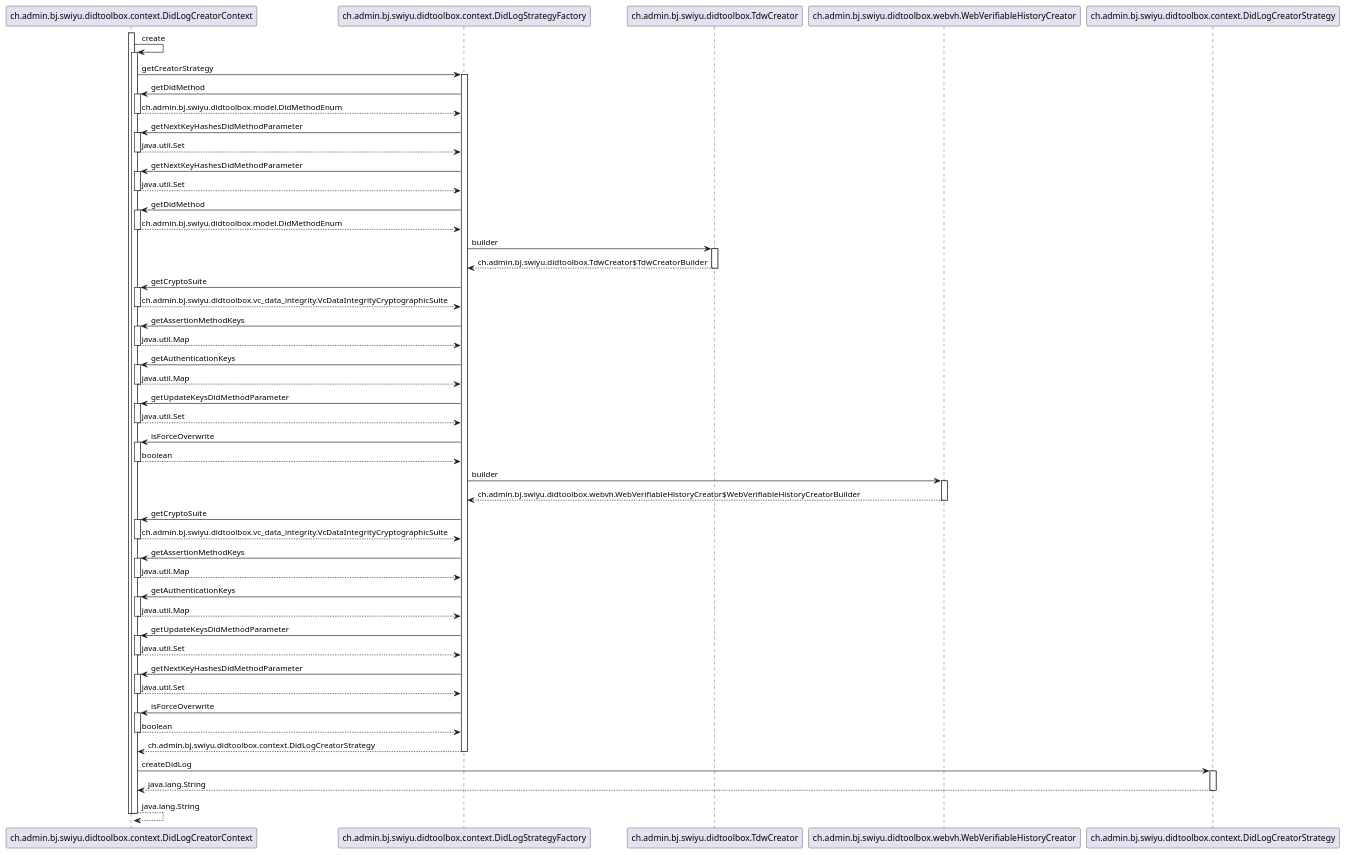
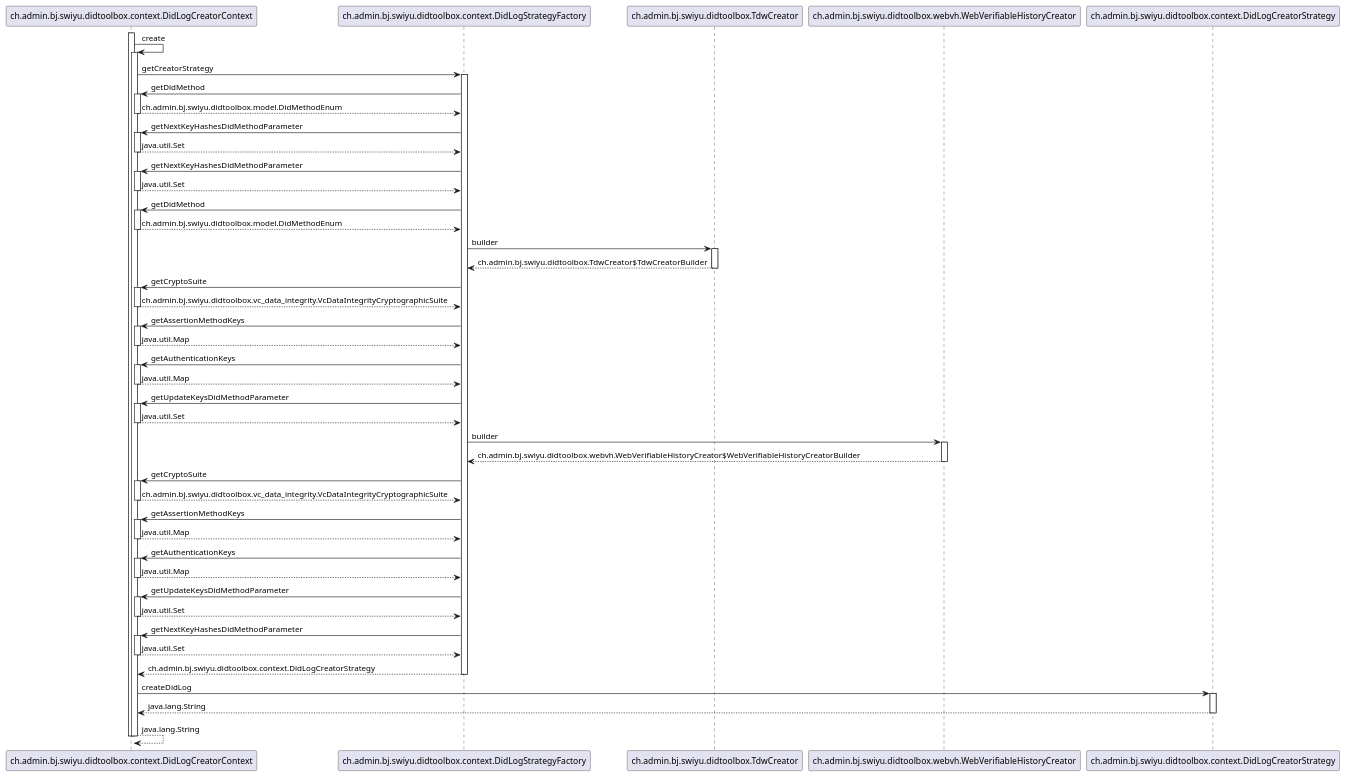
One commit to swiyu-admin-ch/didtoolbox-java changed the diagram in src/main/plantuml/DidLogCreatorContext-create.puml. Above: the diagram before and after it, drawn with PlantUML. The commit also changed 35 other files, not shown here.

Commit message:
EIDOMNI-708: DidLogCreator#forceOverwrite fluent method deprecated. Throwing new IncompleteDidLogEntryBuilderException. Using nimbus-jose-jwt 10.8. Javadoc enhanced

```diff
--- a/src/main/plantuml/DidLogCreatorContext-create.puml
+++ b/src/main/plantuml/DidLogCreatorContext-create.puml
@@ -2,92 +2,84 @@
 @startuml
 
 participant ch.admin.bj.swiyu.didtoolbox.context.DidLogCreatorContext
 participant ch.admin.bj.swiyu.didtoolbox.context.DidLogStrategyFactory
 participant ch.admin.bj.swiyu.didtoolbox.TdwCreator
 participant ch.admin.bj.swiyu.didtoolbox.webvh.WebVerifiableHistoryCreator
 participant ch.admin.bj.swiyu.didtoolbox.context.DidLogCreatorStrategy
 
 activate ch.admin.bj.swiyu.didtoolbox.context.DidLogCreatorContext
 	ch.admin.bj.swiyu.didtoolbox.context.DidLogCreatorContext -> ch.admin.bj.swiyu.didtoolbox.context.DidLogCreatorContext : create
 	activate ch.admin.bj.swiyu.didtoolbox.context.DidLogCreatorContext
 		ch.admin.bj.swiyu.didtoolbox.context.DidLogCreatorContext -> ch.admin.bj.swiyu.didtoolbox.context.DidLogStrategyFactory : getCreatorStrategy
 		activate ch.admin.bj.swiyu.didtoolbox.context.DidLogStrategyFactory
 			ch.admin.bj.swiyu.didtoolbox.context.DidLogStrategyFactory -> ch.admin.bj.swiyu.didtoolbox.context.DidLogCreatorContext : getDidMethod
 			activate ch.admin.bj.swiyu.didtoolbox.context.DidLogCreatorContext
 				ch.admin.bj.swiyu.didtoolbox.context.DidLogCreatorContext --> ch.admin.bj.swiyu.didtoolbox.context.DidLogStrategyFactory : ch.admin.bj.swiyu.didtoolbox.model.DidMethodEnum
 			deactivate ch.admin.bj.swiyu.didtoolbox.context.DidLogCreatorContext
 			ch.admin.bj.swiyu.didtoolbox.context.DidLogStrategyFactory -> ch.admin.bj.swiyu.didtoolbox.context.DidLogCreatorContext : getNextKeyHashesDidMethodParameter
 			activate ch.admin.bj.swiyu.didtoolbox.context.DidLogCreatorContext
 				ch.admin.bj.swiyu.didtoolbox.context.DidLogCreatorContext --> ch.admin.bj.swiyu.didtoolbox.context.DidLogStrategyFactory : java.util.Set
 			deactivate ch.admin.bj.swiyu.didtoolbox.context.DidLogCreatorContext
 			ch.admin.bj.swiyu.didtoolbox.context.DidLogStrategyFactory -> ch.admin.bj.swiyu.didtoolbox.context.DidLogCreatorContext : getNextKeyHashesDidMethodParameter
 			activate ch.admin.bj.swiyu.didtoolbox.context.DidLogCreatorContext
 				ch.admin.bj.swiyu.didtoolbox.context.DidLogCreatorContext --> ch.admin.bj.swiyu.didtoolbox.context.DidLogStrategyFactory : java.util.Set
 			deactivate ch.admin.bj.swiyu.didtoolbox.context.DidLogCreatorContext
 			ch.admin.bj.swiyu.didtoolbox.context.DidLogStrategyFactory -> ch.admin.bj.swiyu.didtoolbox.context.DidLogCreatorContext : getDidMethod
 			activate ch.admin.bj.swiyu.didtoolbox.context.DidLogCreatorContext
 				ch.admin.bj.swiyu.didtoolbox.context.DidLogCreatorContext --> ch.admin.bj.swiyu.didtoolbox.context.DidLogStrategyFactory : ch.admin.bj.swiyu.didtoolbox.model.DidMethodEnum
 			deactivate ch.admin.bj.swiyu.didtoolbox.context.DidLogCreatorContext
 			ch.admin.bj.swiyu.didtoolbox.context.DidLogStrategyFactory -> ch.admin.bj.swiyu.didtoolbox.TdwCreator : builder
 			activate ch.admin.bj.swiyu.didtoolbox.TdwCreator
 				ch.admin.bj.swiyu.didtoolbox.TdwCreator --> ch.admin.bj.swiyu.didtoolbox.context.DidLogStrategyFactory : ch.admin.bj.swiyu.didtoolbox.TdwCreator$TdwCreatorBuilder
 			deactivate ch.admin.bj.swiyu.didtoolbox.TdwCreator
 			ch.admin.bj.swiyu.didtoolbox.context.DidLogStrategyFactory -> ch.admin.bj.swiyu.didtoolbox.context.DidLogCreatorContext : getCryptoSuite
 			activate ch.admin.bj.swiyu.didtoolbox.context.DidLogCreatorContext
 				ch.admin.bj.swiyu.didtoolbox.context.DidLogCreatorContext --> ch.admin.bj.swiyu.didtoolbox.context.DidLogStrategyFactory : ch.admin.bj.swiyu.didtoolbox.vc_data_integrity.VcDataIntegrityCryptographicSuite
 			deactivate ch.admin.bj.swiyu.didtoolbox.context.DidLogCreatorContext
 			ch.admin.bj.swiyu.didtoolbox.context.DidLogStrategyFactory -> ch.admin.bj.swiyu.didtoolbox.context.DidLogCreatorContext : getAssertionMethodKeys
 			activate ch.admin.bj.swiyu.didtoolbox.context.DidLogCreatorContext
 				ch.admin.bj.swiyu.didtoolbox.context.DidLogCreatorContext --> ch.admin.bj.swiyu.didtoolbox.context.DidLogStrategyFactory : java.util.Map
 			deactivate ch.admin.bj.swiyu.didtoolbox.context.DidLogCreatorContext
 			ch.admin.bj.swiyu.didtoolbox.context.DidLogStrategyFactory -> ch.admin.bj.swiyu.didtoolbox.context.DidLogCreatorContext : getAuthenticationKeys
 			activate ch.admin.bj.swiyu.didtoolbox.context.DidLogCreatorContext
 				ch.admin.bj.swiyu.didtoolbox.context.DidLogCreatorContext --> ch.admin.bj.swiyu.didtoolbox.context.DidLogStrategyFactory : java.util.Map
 			deactivate ch.admin.bj.swiyu.didtoolbox.context.DidLogCreatorContext
 			ch.admin.bj.swiyu.didtoolbox.context.DidLogStrategyFactory -> ch.admin.bj.swiyu.didtoolbox.context.DidLogCreatorContext : getUpdateKeysDidMethodParameter
 			activate ch.admin.bj.swiyu.didtoolbox.context.DidLogCreatorContext
 				ch.admin.bj.swiyu.didtoolbox.context.DidLogCreatorContext --> ch.admin.bj.swiyu.didtoolbox.context.DidLogStrategyFactory : java.util.Set
 			deactivate ch.admin.bj.swiyu.didtoolbox.context.DidLogCreatorContext
-			ch.admin.bj.swiyu.didtoolbox.context.DidLogStrategyFactory -> ch.admin.bj.swiyu.didtoolbox.context.DidLogCreatorContext : isForceOverwrite
-			activate ch.admin.bj.swiyu.didtoolbox.context.DidLogCreatorContext
-				ch.admin.bj.swiyu.didtoolbox.context.DidLogCreatorContext --> ch.admin.bj.swiyu.didtoolbox.context.DidLogStrategyFactory : boolean
-			deactivate ch.admin.bj.swiyu.didtoolbox.context.DidLogCreatorContext
 			ch.admin.bj.swiyu.didtoolbox.context.DidLogStrategyFactory -> ch.admin.bj.swiyu.didtoolbox.webvh.WebVerifiableHistoryCreator : builder
 			activate ch.admin.bj.swiyu.didtoolbox.webvh.WebVerifiableHistoryCreator
 				ch.admin.bj.swiyu.didtoolbox.webvh.WebVerifiableHistoryCreator --> ch.admin.bj.swiyu.didtoolbox.context.DidLogStrategyFactory : ch.admin.bj.swiyu.didtoolbox.webvh.WebVerifiableHistoryCreator$WebVerifiableHistoryCreatorBuilder
 			deactivate ch.admin.bj.swiyu.didtoolbox.webvh.WebVerifiableHistoryCreator
 			ch.admin.bj.swiyu.didtoolbox.context.DidLogStrategyFactory -> ch.admin.bj.swiyu.didtoolbox.context.DidLogCreatorContext : getCryptoSuite
 			activate ch.admin.bj.swiyu.didtoolbox.context.DidLogCreatorContext
 				ch.admin.bj.swiyu.didtoolbox.context.DidLogCreatorContext --> ch.admin.bj.swiyu.didtoolbox.context.DidLogStrategyFactory : ch.admin.bj.swiyu.didtoolbox.vc_data_integrity.VcDataIntegrityCryptographicSuite
 			deactivate ch.admin.bj.swiyu.didtoolbox.context.DidLogCreatorContext
 			ch.admin.bj.swiyu.didtoolbox.context.DidLogStrategyFactory -> ch.admin.bj.swiyu.didtoolbox.context.DidLogCreatorContext : getAssertionMethodKeys
 			activate ch.admin.bj.swiyu.didtoolbox.context.DidLogCreatorContext
 				ch.admin.bj.swiyu.didtoolbox.context.DidLogCreatorContext --> ch.admin.bj.swiyu.didtoolbox.context.DidLogStrategyFactory : java.util.Map
 			deactivate ch.admin.bj.swiyu.didtoolbox.context.DidLogCreatorContext
 			ch.admin.bj.swiyu.didtoolbox.context.DidLogStrategyFactory -> ch.admin.bj.swiyu.didtoolbox.context.DidLogCreatorContext : getAuthenticationKeys
 			activate ch.admin.bj.swiyu.didtoolbox.context.DidLogCreatorContext
 				ch.admin.bj.swiyu.didtoolbox.context.DidLogCreatorContext --> ch.admin.bj.swiyu.didtoolbox.context.DidLogStrategyFactory : java.util.Map
 			deactivate ch.admin.bj.swiyu.didtoolbox.context.DidLogCreatorContext
 			ch.admin.bj.swiyu.didtoolbox.context.DidLogStrategyFactory -> ch.admin.bj.swiyu.didtoolbox.context.DidLogCreatorContext : getUpdateKeysDidMethodParameter
 			activate ch.admin.bj.swiyu.didtoolbox.context.DidLogCreatorContext
 				ch.admin.bj.swiyu.didtoolbox.context.DidLogCreatorContext --> ch.admin.bj.swiyu.didtoolbox.context.DidLogStrategyFactory : java.util.Set
 			deactivate ch.admin.bj.swiyu.didtoolbox.context.DidLogCreatorContext
 			ch.admin.bj.swiyu.didtoolbox.context.DidLogStrategyFactory -> ch.admin.bj.swiyu.didtoolbox.context.DidLogCreatorContext : getNextKeyHashesDidMethodParameter
 			activate ch.admin.bj.swiyu.didtoolbox.context.DidLogCreatorContext
 				ch.admin.bj.swiyu.didtoolbox.context.DidLogCreatorContext --> ch.admin.bj.swiyu.didtoolbox.context.DidLogStrategyFactory : java.util.Set
 			deactivate ch.admin.bj.swiyu.didtoolbox.context.DidLogCreatorContext
-			ch.admin.bj.swiyu.didtoolbox.context.DidLogStrategyFactory -> ch.admin.bj.swiyu.didtoolbox.context.DidLogCreatorContext : isForceOverwrite
-			activate ch.admin.bj.swiyu.didtoolbox.context.DidLogCreatorContext
-				ch.admin.bj.swiyu.didtoolbox.context.DidLogCreatorContext --> ch.admin.bj.swiyu.didtoolbox.context.DidLogStrategyFactory : boolean
-			deactivate ch.admin.bj.swiyu.didtoolbox.context.DidLogCreatorContext
 			ch.admin.bj.swiyu.didtoolbox.context.DidLogStrategyFactory --> ch.admin.bj.swiyu.didtoolbox.context.DidLogCreatorContext : ch.admin.bj.swiyu.didtoolbox.context.DidLogCreatorStrategy
 		deactivate ch.admin.bj.swiyu.didtoolbox.context.DidLogStrategyFactory
 		ch.admin.bj.swiyu.didtoolbox.context.DidLogCreatorContext -> ch.admin.bj.swiyu.didtoolbox.context.DidLogCreatorStrategy : createDidLog
 		activate ch.admin.bj.swiyu.didtoolbox.context.DidLogCreatorStrategy
 			ch.admin.bj.swiyu.didtoolbox.context.DidLogCreatorStrategy --> ch.admin.bj.swiyu.didtoolbox.context.DidLogCreatorContext : java.lang.String
 		deactivate ch.admin.bj.swiyu.didtoolbox.context.DidLogCreatorStrategy
 		ch.admin.bj.swiyu.didtoolbox.context.DidLogCreatorContext --> ch.admin.bj.swiyu.didtoolbox.context.DidLogCreatorContext : java.lang.String
 	deactivate ch.admin.bj.swiyu.didtoolbox.context.DidLogCreatorContext
 deactivate ch.admin.bj.swiyu.didtoolbox.context.DidLogCreatorContext
 
 @enduml
```
